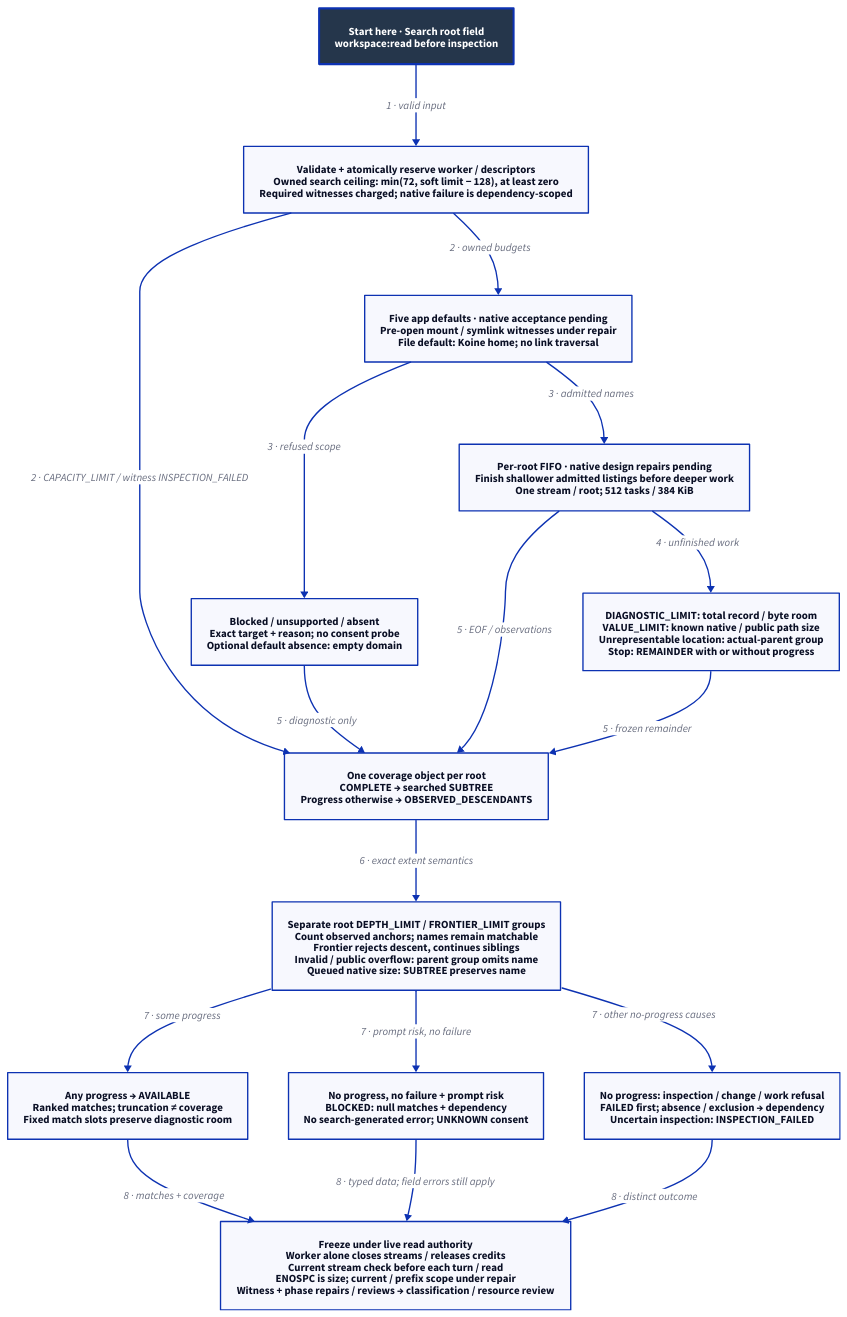
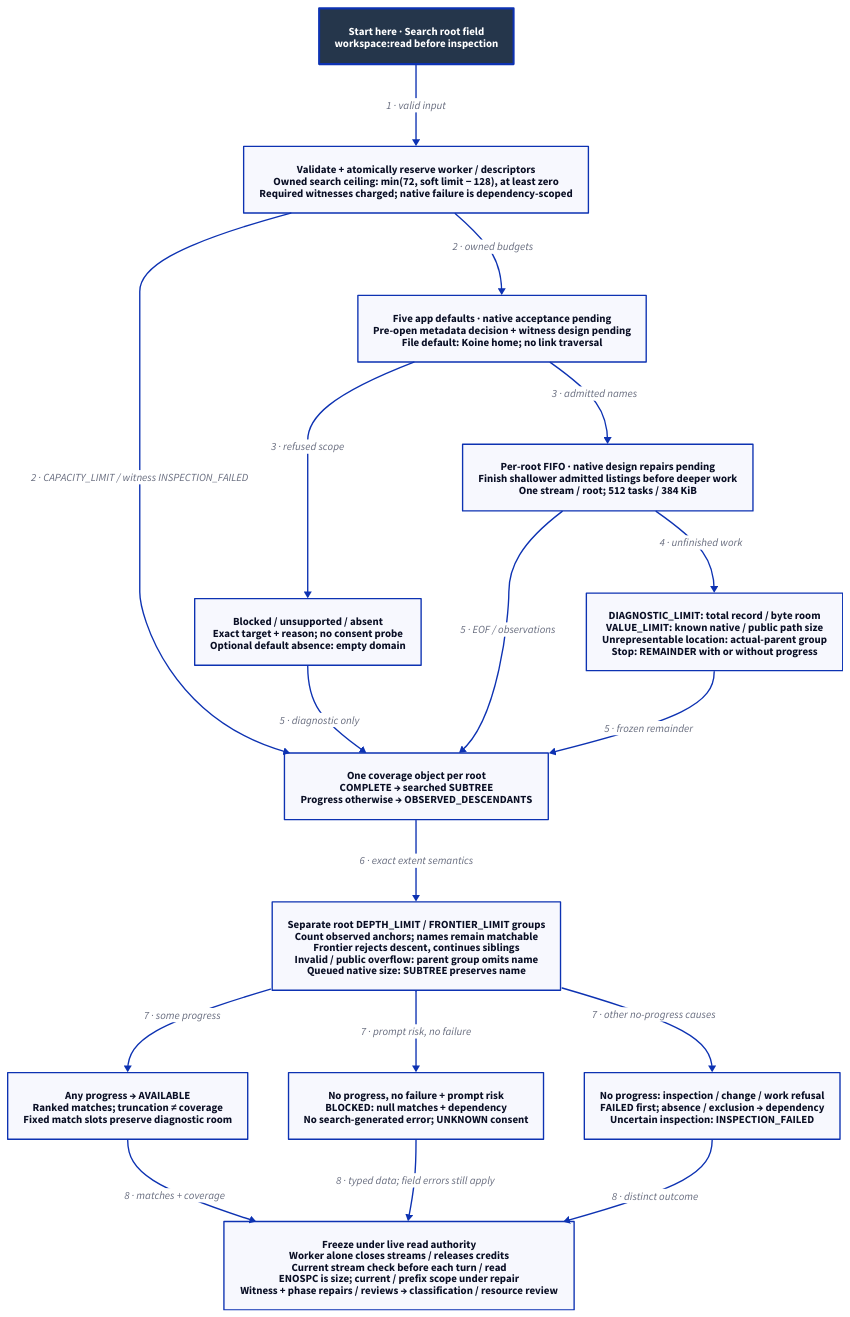
Before and after one commit to Linkuistics/Koine: the diagram in docs/design/architecture/search-coverage.d2, drawn with D2. The commit also changed 32 other files, not shown here.

Commit message:
Document pre-open proof gaps and metadata-policy choices (search-preopen-boundary-k189)

```diff
--- a/docs/design/architecture/search-coverage.d2
+++ b/docs/design/architecture/search-coverage.d2
@@ -1,33 +1,33 @@
 # Designed flow; arrows show order/guards, not checked temporal guarantees.
 direction: down
 classes: {
   start: {style: {fill: "#25364B"; font-color: "#FFFFFF"; bold: true; stroke-width: 3}}
 }
 Start: "Start here · Search root field\nworkspace:read before inspection" {class: start}
 Reserve: "Validate + atomically reserve worker / descriptors\nOwned search ceiling: min(72, soft limit − 128), at least zero\nRequired witnesses charged; native failure is dependency-scoped"
-Admission: "Five app defaults · native acceptance pending\nPre-open mount / symlink witnesses under repair\nFile default: Koine home; no link traversal"
+Admission: "Five app defaults · native acceptance pending\nPre-open metadata decision + witness design pending\nFile default: Koine home; no link traversal"
 Skip: "Blocked / unsupported / absent\nExact target + reason; no consent probe\nOptional default absence: empty domain"
 Scan: "Per-root FIFO · native design repairs pending\nFinish shallower admitted listings before deeper work\nOne stream / root; 512 tasks / 384 KiB"
 Bounds: "DIAGNOSTIC_LIMIT: total record / byte room\nVALUE_LIMIT: known native / public path size\nUnrepresentable location: actual-parent group\nStop: REMAINDER with or without progress"
 Coverage: "One coverage object per root\nCOMPLETE → searched SUBTREE\nProgress otherwise → OBSERVED_DESCENDANTS"
 Groups: "Separate root DEPTH_LIMIT / FRONTIER_LIMIT groups\nCount observed anchors; names remain matchable\nFrontier rejects descent, continues siblings\nInvalid / public overflow: parent group omits name\nQueued native size: SUBTREE preserves name"
 Available: "Any progress → AVAILABLE\nRanked matches; truncation ≠ coverage\nFixed match slots preserve diagnostic room"
 Blocked: "No progress, no failure + prompt risk\nBLOCKED: null matches + dependency\nNo search-generated error; UNKNOWN consent"
 Other: "No progress: inspection / change / work refusal\nFAILED first; absence / exclusion → dependency\nUncertain inspection: INSPECTION_FAILED"
 Publish: "Freeze under live read authority\nWorker alone closes streams / releases credits\nCurrent stream check before each turn / read\nENOSPC is size; current / prefix scope under repair\nWitness + phase repairs / reviews → classification / resource review"
 Start -> Reserve: "1 · valid input"
 Reserve -> Admission: "2 · owned budgets"
 Reserve -> Coverage: "2 · CAPACITY_LIMIT / witness INSPECTION_FAILED"
 Admission -> Skip: "3 · refused scope"
 Admission -> Scan: "3 · admitted names"
 Scan -> Bounds: "4 · unfinished work"
 Skip -> Coverage: "5 · diagnostic only"
 Scan -> Coverage: "5 · EOF / observations"
 Bounds -> Coverage: "5 · frozen remainder"
 Coverage -> Groups: "6 · exact extent semantics"
 Groups -> Available: "7 · some progress"
 Groups -> Blocked: "7 · prompt risk, no failure"
 Groups -> Other: "7 · other no-progress causes"
 Available -> Publish: "8 · matches + coverage"
 Blocked -> Publish: "8 · typed data; field errors still apply"
 Other -> Publish: "8 · distinct outcome"
```
